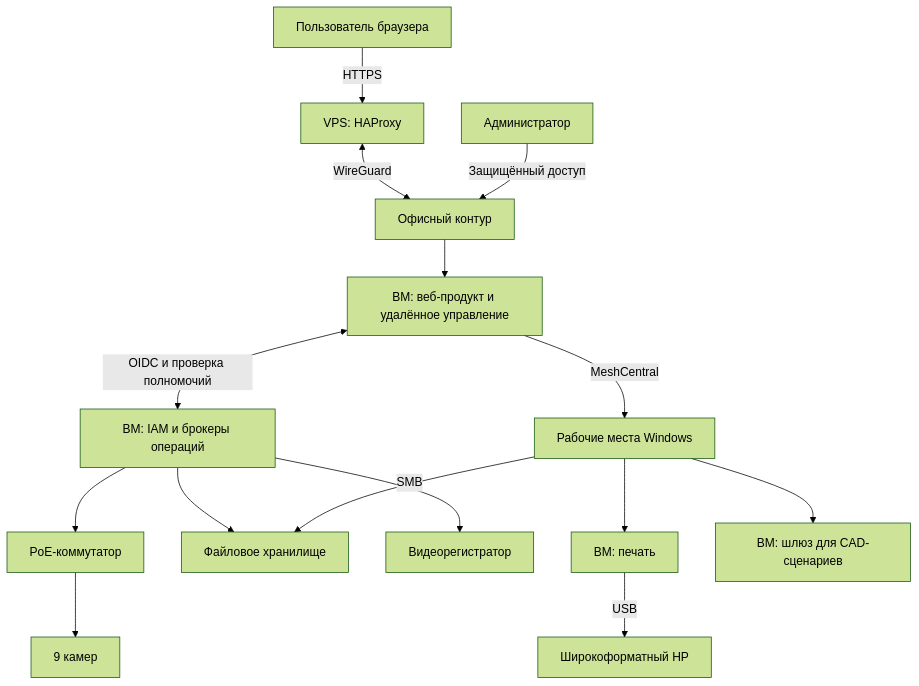
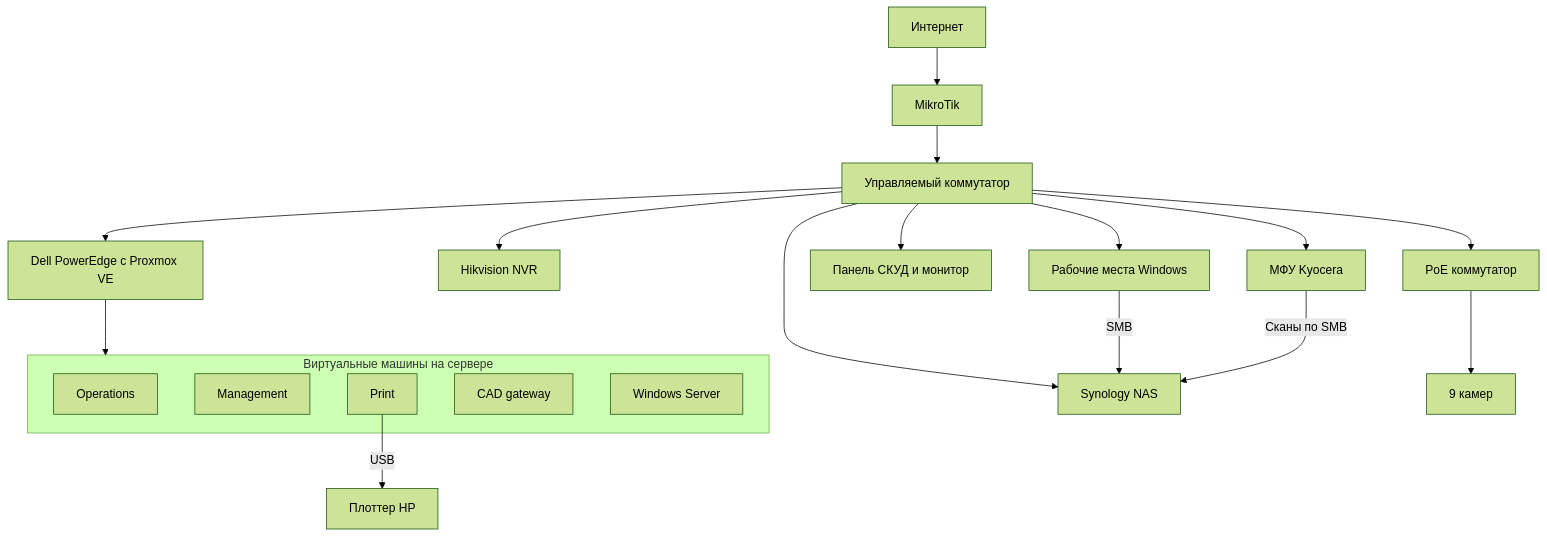
The first of 2 diagrams in cases/office-infrastructure/docs/architecture.md (SlopSurfer4444/portfolio), drawn with Mermaid (forest theme) before and after one commit. The commit also changed other lines of this file and 3 other files, not shown here.

Commit message:
Expand office architecture and link standalone application sources

````diff
--- a/cases/office-infrastructure/docs/architecture.md
+++ b/cases/office-infrastructure/docs/architecture.md
@@ -7,17 +9,24 @@
 ```mermaid
 flowchart TB
-    user[Пользователь браузера] -->|HTTPS| edge[VPS: HAProxy]
-    edge <-->|WireGuard| office[Офисный контур]
-    office --> web[ВМ: веб-продукт и удалённое управление]
-    web <-->|OIDC и проверка полномочий| mgmt[ВМ: IAM и брокеры операций]
-    mgmt --> poe[PoE-коммутатор]
+    internet[Интернет] --> router[MikroTik]
+    router --> lan[Управляемый коммутатор]
+    lan --> pcs[Рабочие места Windows]
+    lan --> nas[Synology NAS]
+    lan --> nvr[Hikvision NVR]
+    lan --> poe[PoE коммутатор]
     poe --> cameras[9 камер]
-    mgmt --> nas[Файловое хранилище]
-    mgmt --> nvr[Видеорегистратор]
-    pcs[Рабочие места Windows] -->|SMB| nas
-    pcs --> print[ВМ: печать]
-    print -->|USB| plotter[Широкоформатный HP]
-    pcs --> cad[ВМ: шлюз для CAD-сценариев]
-    admin[Администратор] -->|Защищённый доступ| office
-    web -->|MeshCentral| pcs
+    lan --> panel[Панель СКУД и монитор]
+    lan --> mfp[МФУ Kyocera]
+    lan --> host[Dell PowerEdge с Proxmox VE]
+    subgraph vms[Виртуальные машины на сервере]
+      ops[Operations]
+      mgmt[Management]
+      print[Print]
+      cad[CAD gateway]
+      win[Windows Server]
+    end
+    host --> vms
+    print -->|USB| plotter[Плоттер HP]
+    pcs -->|SMB| nas
+    mfp -->|Сканы по SMB| nas
 ```
````
